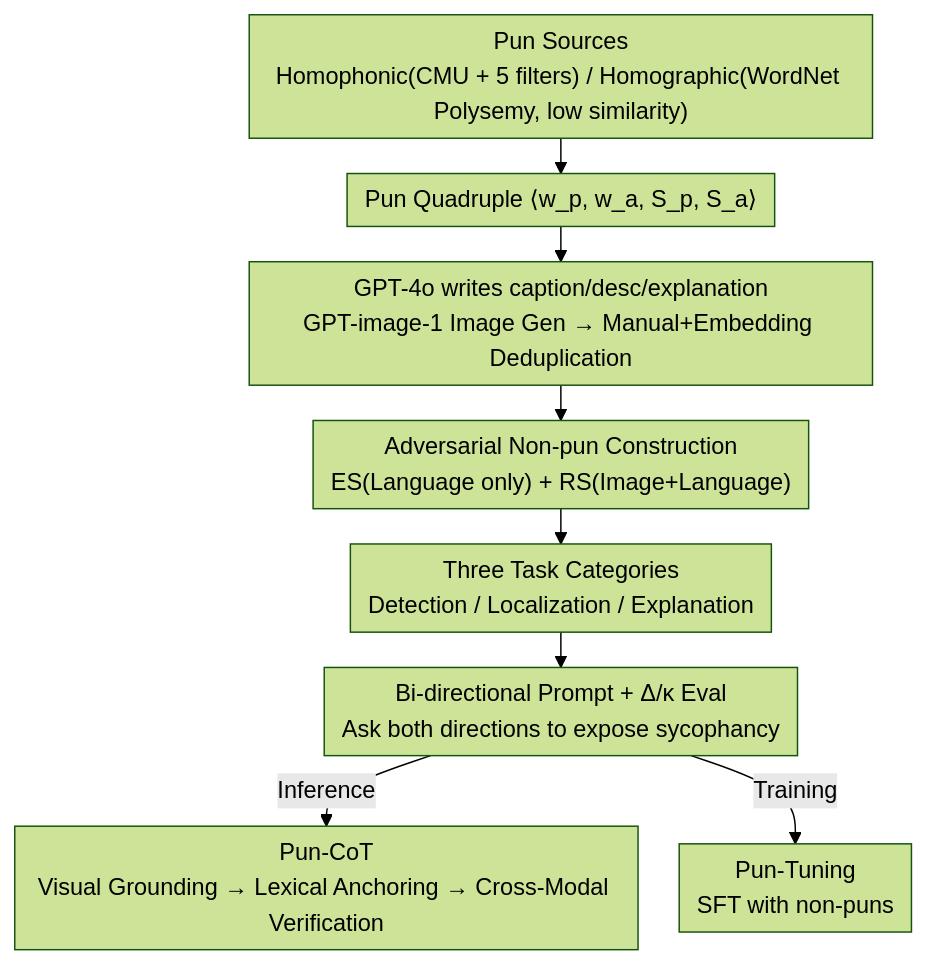
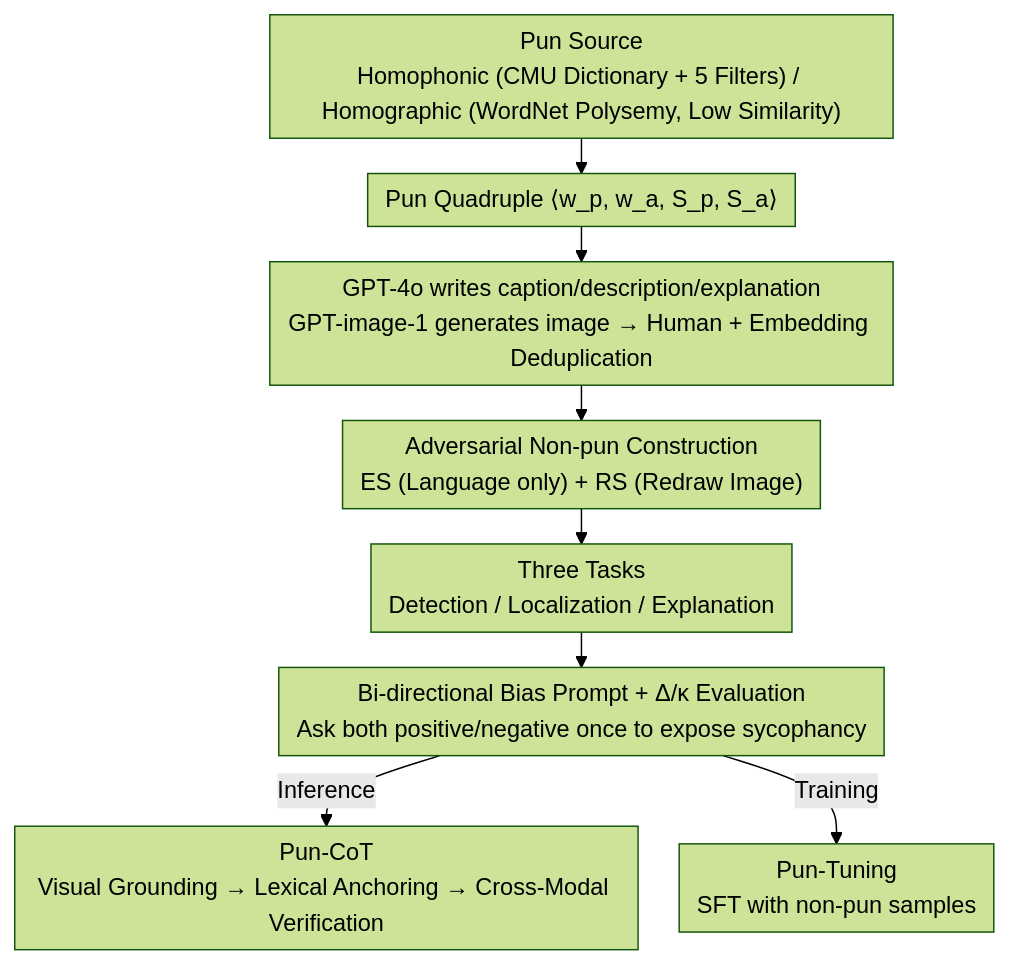
The diagram in docs/ACL2026/multimodal_vlm/i_see_what_you_did_there_can_large_vision-language_models_understand_multimodal_.md (zhaoyang97/Paper-Notes-en), drawn with Mermaid (forest theme) before and after one commit. The commit also changed other lines of this file and 5084 other files, not shown here.

````diff
--- a/docs/ACL2026/multimodal_vlm/i_see_what_you_did_there_can_large_vision-language_models_understand_multimodal_.md
+++ b/docs/ACL2026/multimodal_vlm/i_see_what_you_did_there_can_large_vision-language_models_understand_multimodal_.md
@@ -49,11 +49,11 @@
 ```mermaid
 %%{init: {'flowchart': {'rankSpacing': 24, 'nodeSpacing': 28, 'padding': 6, 'wrappingWidth': 400}}}%%
 flowchart TD
-    A["Pun Sources<br/>Homophonic(CMU + 5 filters) / Homographic(WordNet Polysemy, low similarity)"] --> B["Pun Quadruple ⟨w_p, w_a, S_p, S_a⟩"]
-    B --> C["GPT-4o writes caption/desc/explanation<br/>GPT-image-1 Image Gen → Manual+Embedding Deduplication"]
-    C --> D["Adversarial Non-pun Construction<br/>ES(Language only) + RS(Image+Language)"]
-    D --> E["Three Task Categories<br/>Detection / Localization / Explanation"]
-    E --> F["Bi-directional Prompt + Δ/κ Eval<br/>Ask both directions to expose sycophancy"]
+    A["Pun Source<br/>Homophonic (CMU Dictionary + 5 Filters) / Homographic (WordNet Polysemy, Low Similarity)"] --> B["Pun Quadruple ⟨w_p, w_a, S_p, S_a⟩"]
+    B --> C["GPT-4o writes caption/description/explanation<br/>GPT-image-1 generates image → Human + Embedding Deduplication"]
+    C --> D["Adversarial Non-pun Construction<br/>ES (Language only) + RS (Redraw Image)"]
+    D --> E["Three Tasks<br/>Detection / Localization / Explanation"]
+    E --> F["Bi-directional Bias Prompt + Δ/κ Evaluation<br/>Ask both positive/negative once to expose sycophancy"]
     F -->|Inference| G["Pun-CoT<br/>Visual Grounding → Lexical Anchoring → Cross-Modal Verification"]
-    F -->|Training| H["Pun-Tuning<br/>SFT with non-puns"]
+    F -->|Training| H["Pun-Tuning<br/>SFT with non-pun samples"]
 ```
````
